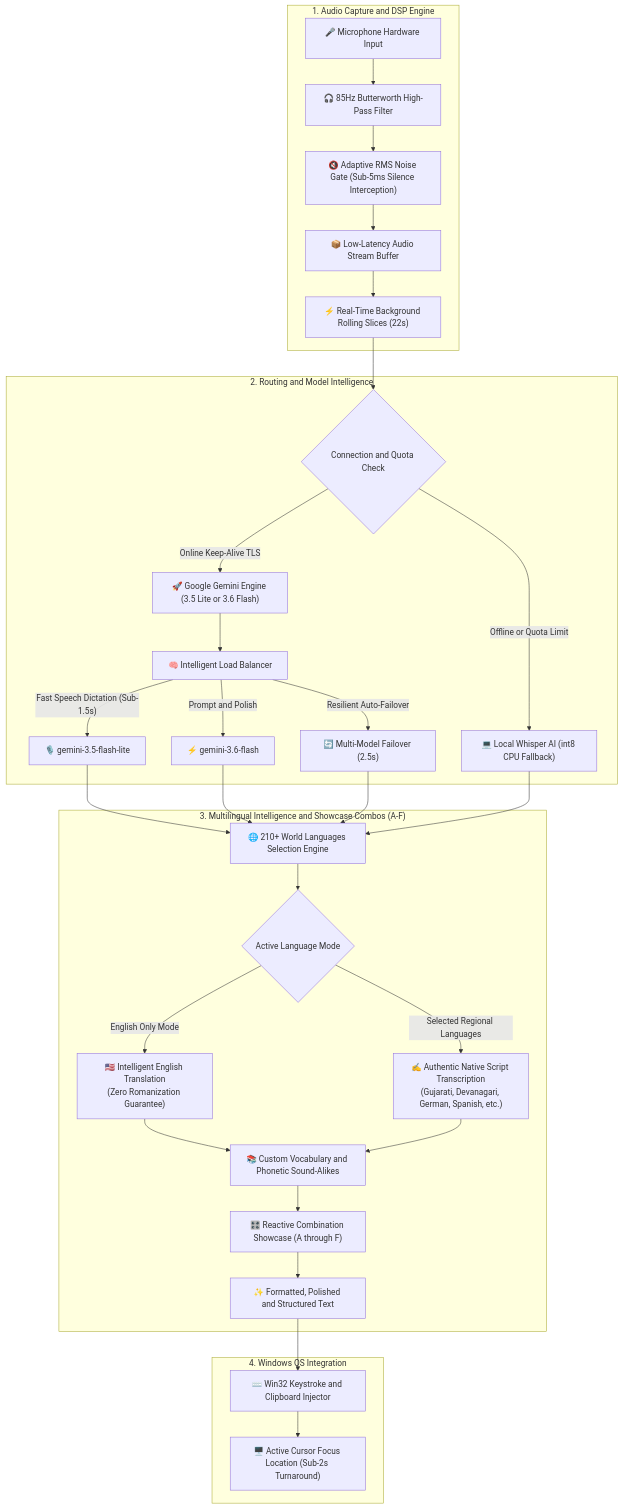
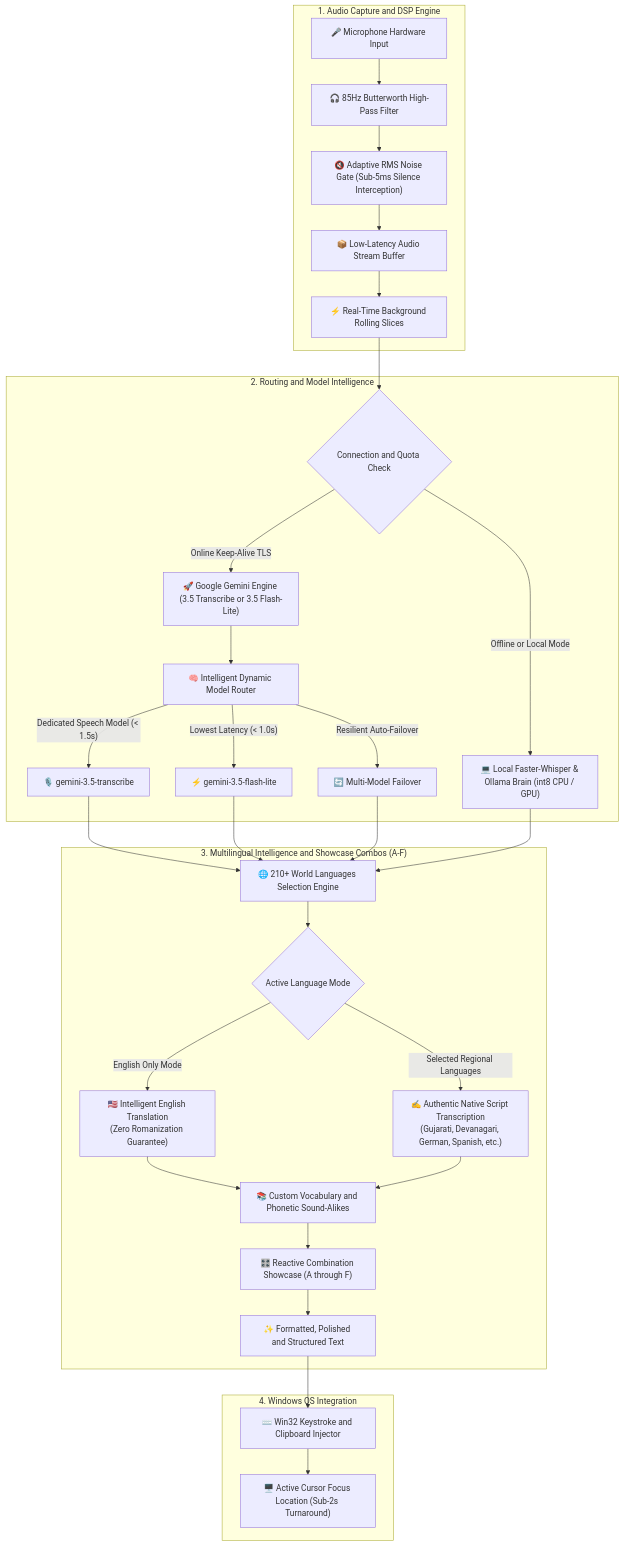
Before and after one commit to SriniwasAwasthi/gemini-flow: the diagram in README.md, drawn with Mermaid. The commit also changed other lines of this file and 34 other files, not shown here.

Commit message:
feat: refresh Audio Device UI, add Ollama local brain, update showcase images, and enhance README

````diff
--- a/README.md
+++ b/README.md
@@ -210,39 +210,39 @@
 ```mermaid
 flowchart TD
     subgraph Audio ["1. Audio Capture and DSP Engine"]
         A["🎤 Microphone Hardware Input"] --> B["🎧 85Hz Butterworth High-Pass Filter"]
         B --> C["🔇 Adaptive RMS Noise Gate (Sub-5ms Silence Interception)"]
         C --> D["📦 Low-Latency Audio Stream Buffer"]
-        D --> E["⚡ Real-Time Background Rolling Slices (22s)"]
+        D --> E["⚡ Real-Time Background Rolling Slices"]
     end
 
     subgraph Routing ["2. Routing and Model Intelligence"]
         E --> F{"Connection and Quota Check"}
-        F -->|"Online Keep-Alive TLS"| G["🚀 Google Gemini Engine (3.5 Lite or 3.6 Flash)"]
-        F -->|"Offline or Quota Limit"| H["💻 Local Whisper AI (int8 CPU Fallback)"]
+        F -->|"Online Keep-Alive TLS"| G["🚀 Google Gemini Engine (3.5 Transcribe or 3.5 Flash-Lite)"]
+        F -->|"Offline or Local Mode"| H["💻 Local Faster-Whisper & Ollama Brain (int8 CPU / GPU)"]
         
-        G --> I["🧠 Intelligent Load Balancer"]
-        I -->|"Fast Speech Dictation (Sub-1.5s)"| J["🎙️ gemini-3.5-flash-lite"]
-        I -->|"Prompt and Polish"| K["⚡ gemini-3.6-flash"]
-        I -->|"Resilient Auto-Failover"| L["🔄 Multi-Model Failover (2.5s)"]
+        G --> I["🧠 Intelligent Dynamic Model Router"]
+        I -->|"Dedicated Speech Model (< 1.5s)"| J["🎙️ gemini-3.5-transcribe"]
+        I -->|"Lowest Latency (< 1.0s)"| K["⚡ gemini-3.5-flash-lite"]
+        I -->|"Resilient Auto-Failover"| L["🔄 Multi-Model Failover"]
     end
 
     subgraph Intelligence ["3. Multilingual Intelligence and Showcase Combos (A-F)"]
         J --> M["🌐 210+ World Languages Selection Engine"]
         K --> M
         L --> M
         H --> M
         M --> N{"Active Language Mode"}
         N -->|"English Only Mode"| O1["🇺🇸 Intelligent English Translation<br/>(Zero Romanization Guarantee)"]
         N -->|"Selected Regional Languages"| O2["✍️ Authentic Native Script Transcription<br/>(Gujarati, Devanagari, German, Spanish, etc.)"]
         O1 --> P["📚 Custom Vocabulary and Phonetic Sound-Alikes"]
         O2 --> P
         P --> Q["🎛️ Reactive Combination Showcase (A through F)"]
         Q --> R["✨ Formatted, Polished and Structured Text"]
     end
 
     subgraph Injection ["4. Windows OS Integration"]
         R --> S["⌨️ Win32 Keystroke and Clipboard Injector"]
         S --> T["🖥️ Active Cursor Focus Location (Sub-2s Turnaround)"]
     end
 ```
````
